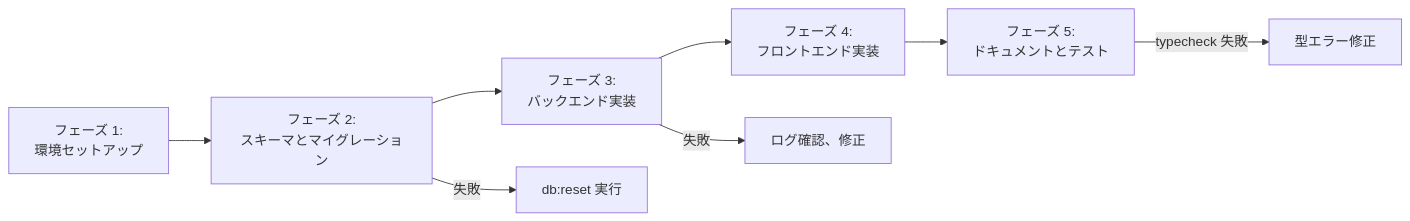
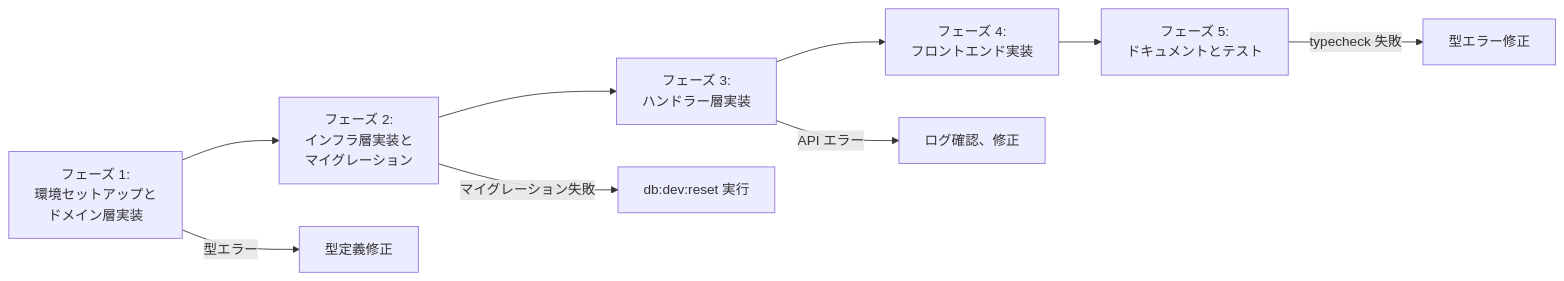
One commit to yantene/yantene.net changed the fourth of 4 diagrams in .kiro/specs/d1-drizzle-counter-demo/design.md. Above: the diagram before and after it, drawn with Mermaid. The commit also changed other lines of this file and 1 other file, not shown here.

````diff
--- a/.kiro/specs/d1-drizzle-counter-demo/design.md
+++ b/.kiro/specs/d1-drizzle-counter-demo/design.md
@@ -975,11 +1474,12 @@
 ```mermaid
 graph LR
-    Phase1[フェーズ 1:<br>環境セットアップ] --> Phase2[フェーズ 2:<br>スキーマとマイグレーション]
-    Phase2 --> Phase3[フェーズ 3:<br>バックエンド実装]
+    Phase1[フェーズ 1:<br>環境セットアップと<br>ドメイン層実装] --> Phase2[フェーズ 2:<br>インフラ層実装と<br>マイグレーション]
+    Phase2 --> Phase3[フェーズ 3:<br>ハンドラー層実装]
     Phase3 --> Phase4[フェーズ 4:<br>フロントエンド実装]
     Phase4 --> Phase5[フェーズ 5:<br>ドキュメントとテスト]
 
-    Phase2 -->|失敗| Rollback2[db:reset 実行]
-    Phase3 -->|失敗| Rollback3[ログ確認、修正]
+    Phase1 -->|型エラー| Rollback1[型定義修正]
+    Phase2 -->|マイグレーション失敗| Rollback2[db:dev:reset 実行]
+    Phase3 -->|API エラー| Rollback3[ログ確認、修正]
     Phase5 -->|typecheck 失敗| Rollback5[型エラー修正]
 ```
````
